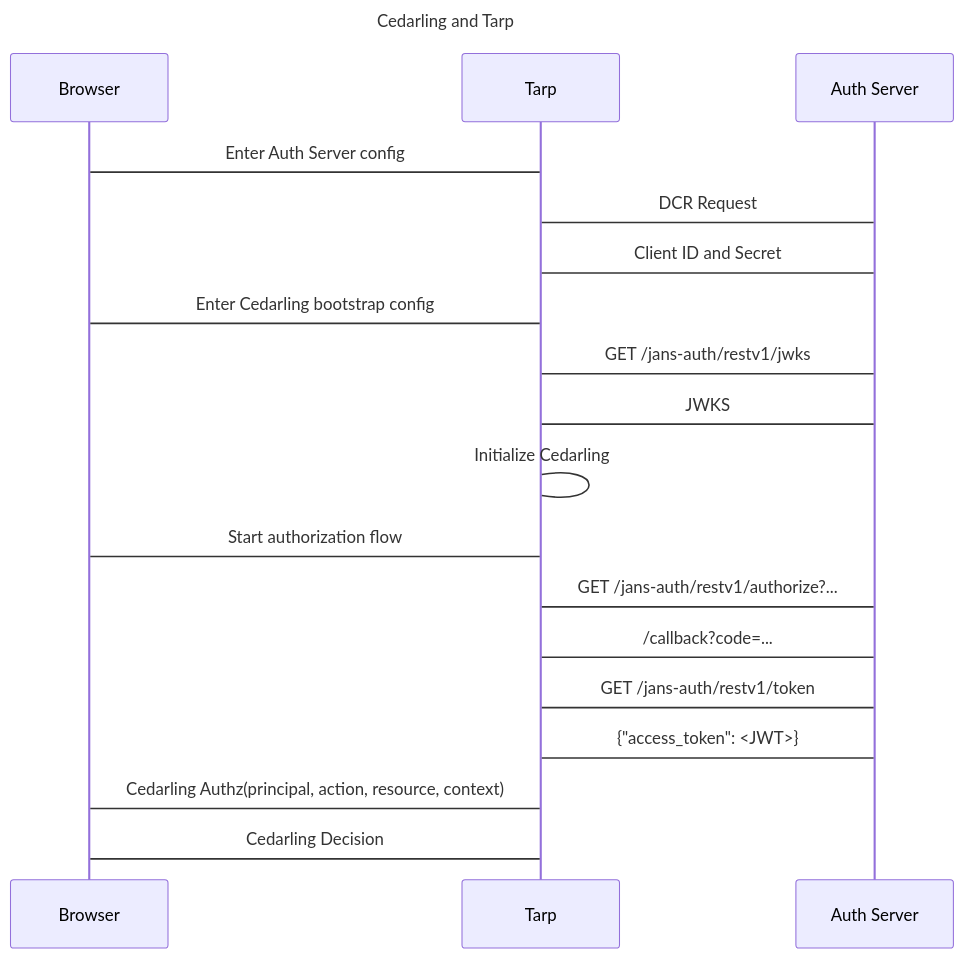
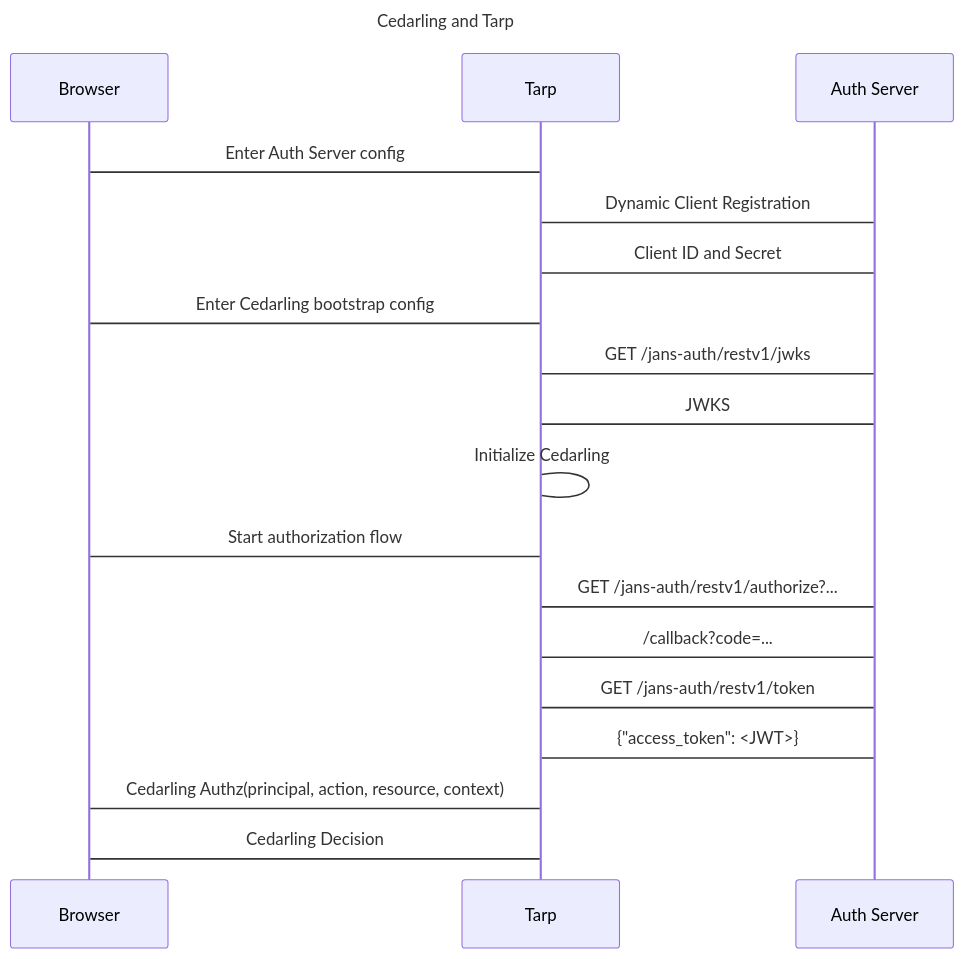
The diagram in docs/cedarling/cedarling-quick-start.md (JanssenProject/jans), drawn with Mermaid before and after one commit. The commit also changed other lines of this file and 1 other file, not shown here.

````diff
--- a/docs/cedarling/cedarling-quick-start.md
+++ b/docs/cedarling/cedarling-quick-start.md
@@ -20,24 +170,24 @@
 ```mermaid
 sequenceDiagram
 title Cedarling and Tarp
 
 participant Browser
 participant Tarp
 participant Auth Server
 
 Browser->Tarp: Enter Auth Server config
-Tarp->Auth Server: DCR Request
+Tarp->Auth Server: Dynamic Client Registration 
 Auth Server->Tarp: Client ID and Secret
 Browser->Tarp: Enter Cedarling bootstrap config
 Tarp->Auth Server: GET /jans-auth/restv1/jwks
 Auth Server->Tarp: JWKS
 Tarp->Tarp: Initialize Cedarling
 Browser->Tarp: Start authorization flow
 Tarp->Auth Server: GET /jans-auth/restv1/authorize?...
 Auth Server->Tarp: /callback?code=...
 Tarp->Auth Server: GET /jans-auth/restv1/token
 Auth Server->Tarp: {"access_token": <JWT>}
 
 Browser->Tarp: Cedarling Authz(principal, action, resource, context)
 Tarp->Browser: Cedarling Decision
 ```
````
